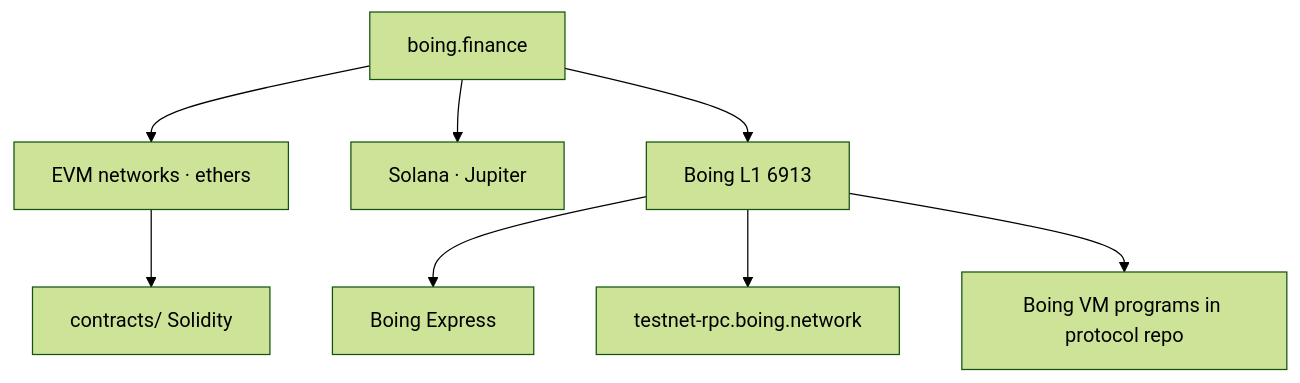
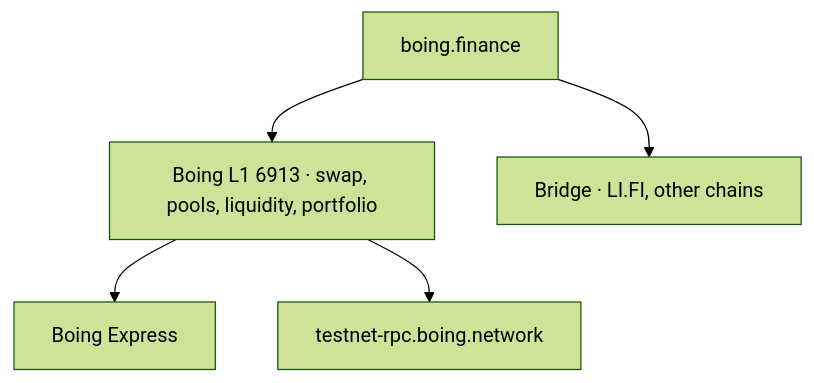
Before and after one commit to Boing-Network/boing.finance: the diagram in README.md, drawn with Mermaid (forest theme). The commit also changed other lines of this file and 16 other files, not shown here.

First line of the commit message:
Docs: Boing-only DEX; bridge.md covers LI.FI today and planned Boing<->Base bridge

````diff
--- a/README.md
+++ b/README.md
@@ -13,11 +11,8 @@
 ```mermaid
 flowchart TB
   App[boing.finance]
-  App --> EVM[EVM networks · ethers]
-  App --> SOL[Solana · Jupiter]
-  App --> Boing[Boing L1 6913]
+  App --> Boing[Boing L1 6913 · swap, pools, liquidity, portfolio]
   Boing --> Express[Boing Express]
   Boing --> RPC[testnet-rpc.boing.network]
-  EVM --> Contracts[contracts/ Solidity]
-  Boing --> VM[Boing VM programs in protocol repo]
+  App --> Bridge[Bridge · LI.FI, other chains]
 ```
````
